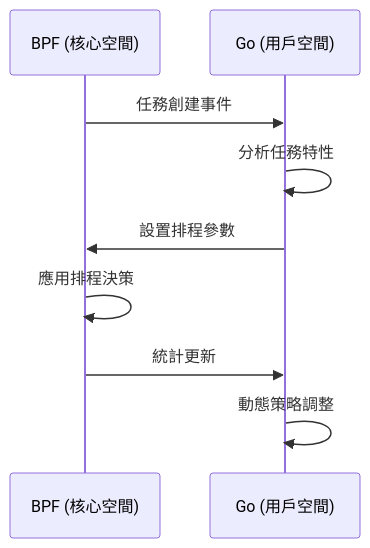
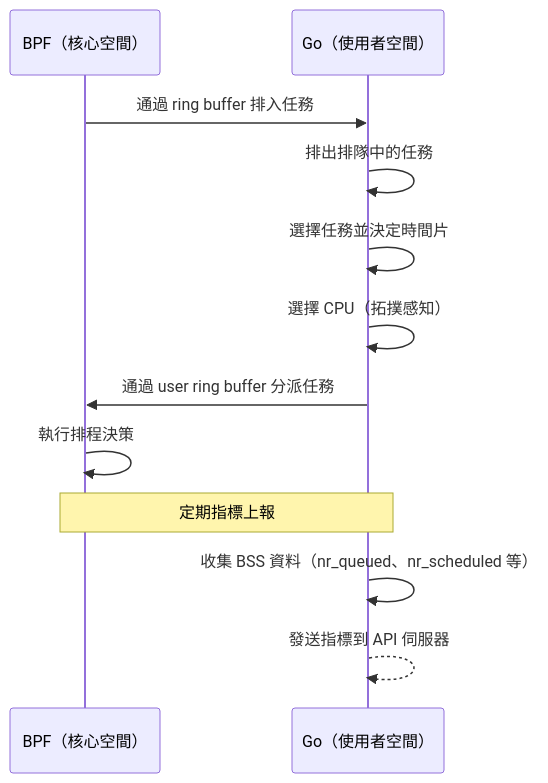
One commit to Gthulhu/docs changed the sixth of 6 diagrams in docs/how-it-works.zh.md. Above: the diagram before and after it, drawn with Mermaid. The commit also changed other lines of this file and 1 other file, not shown here.

First line of the commit message:
Update how-it-works page (EN/ZH) with current architecture

````diff
--- a/docs/how-it-works.zh.md
+++ b/docs/how-it-works.zh.md
@@ -196,12 +305,16 @@
 ```mermaid
 sequenceDiagram
-    participant K as BPF (核心空間)
-    participant U as Go (用戶空間)
+    participant K as BPF（核心空間）
+    participant U as Go（使用者空間）
     
-    K->>U: 任務創建事件
-    U->>U: 分析任務特性
-    U->>K: 設置排程參數
-    K->>K: 應用排程決策
-    K->>U: 統計更新
-    U->>U: 動態策略調整
+    K->>U: 通過 ring buffer 排入任務
+    U->>U: 排出排隊中的任務
+    U->>U: 選擇任務並決定時間片
+    U->>U: 選擇 CPU（拓撲感知）
+    U->>K: 通過 user ring buffer 分派任務
+    K->>K: 執行排程決策
+    
+    Note over K,U: 定期指標上報
+    U->>U: 收集 BSS 資料（nr_queued、nr_scheduled 等）
+    U-->>U: 發送指標到 API 伺服器
 ```
````
